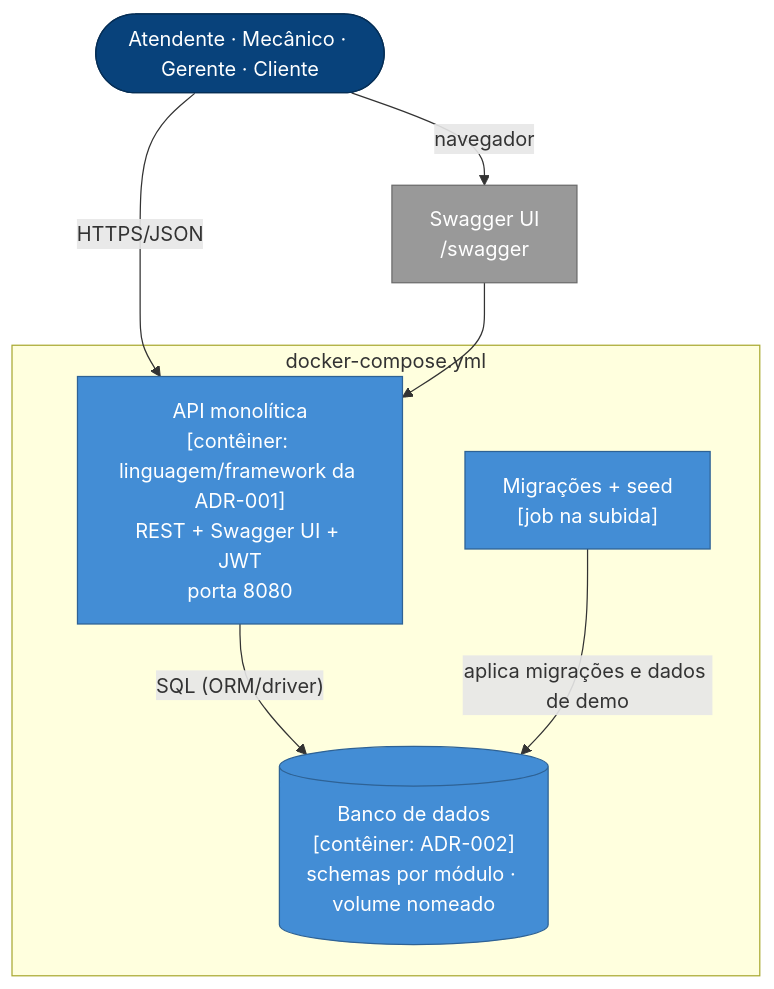
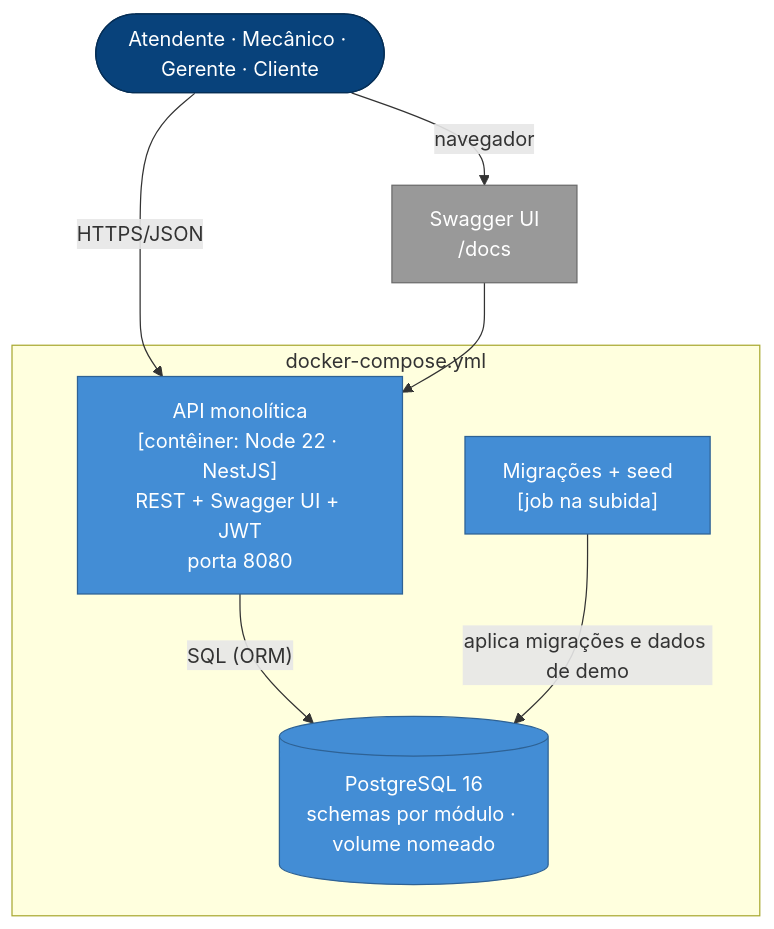
One commit to HermandoThiago/FIAP-SOAT changed the second of 4 diagrams in docs/04-arquitetura/visao-geral.md. Above: the diagram before and after it, drawn with Mermaid. The commit also changed other lines of this file and 42 other files, not shown here.

````diff
--- a/docs/04-arquitetura/visao-geral.md
+++ b/docs/04-arquitetura/visao-geral.md
@@ -30,19 +31,18 @@
 ```mermaid
 flowchart TB
     classDef pessoa fill:#08427b,stroke:#052e56,color:#fff
     classDef cont fill:#438dd5,stroke:#2e6295,color:#fff
-    classDef db fill:#438dd5,stroke:#2e6295,color:#fff
     classDef externo fill:#999999,stroke:#6b6b6b,color:#fff
 
     U([Atendente · Mecânico · Gerente · Cliente]):::pessoa
     subgraph Compose["docker-compose.yml"]
-        API["API monolítica<br/>[contêiner: linguagem/framework da ADR-001]<br/>REST + Swagger UI + JWT<br/>porta 8080"]:::cont
-        DB[("Banco de dados<br/>[contêiner: ADR-002]<br/>schemas por módulo · volume nomeado")]:::db
+        API["API monolítica<br/>[contêiner: Node 22 · NestJS]<br/>REST + Swagger UI + JWT<br/>porta 8080"]:::cont
+        DB[("PostgreSQL 16<br/>schemas por módulo · volume nomeado")]:::cont
         MIG["Migrações + seed<br/>[job na subida]"]:::cont
     end
-    SW["Swagger UI<br/>/swagger"]:::externo
+    SW["Swagger UI<br/>/docs"]:::externo
     U -- "HTTPS/JSON" --> API
     U -- "navegador" --> SW --> API
-    API -- "SQL (ORM/driver)" --> DB
+    API -- "SQL (ORM)" --> DB
     MIG -- "aplica migrações e dados de demo" --> DB
 ```
````
